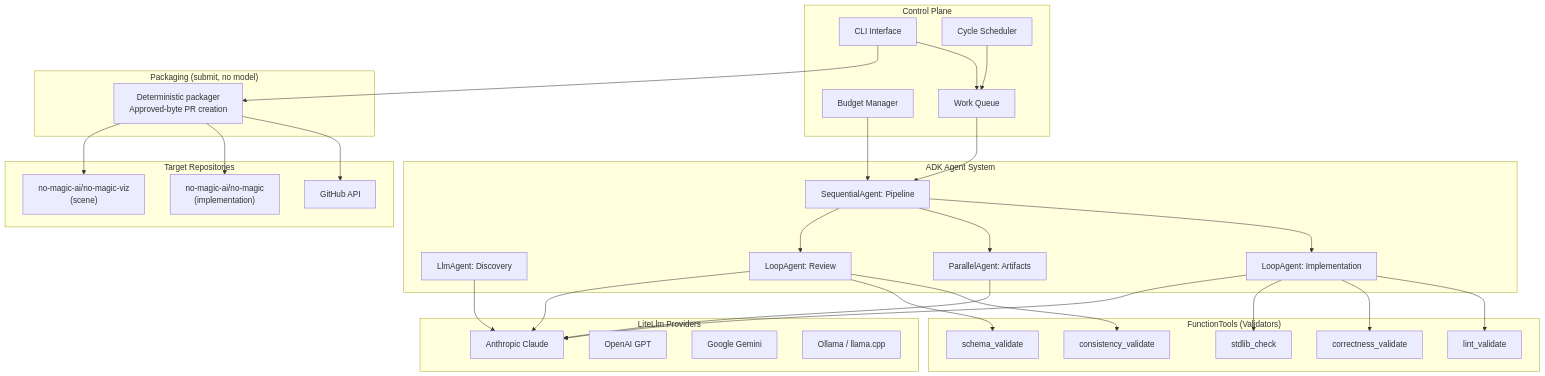
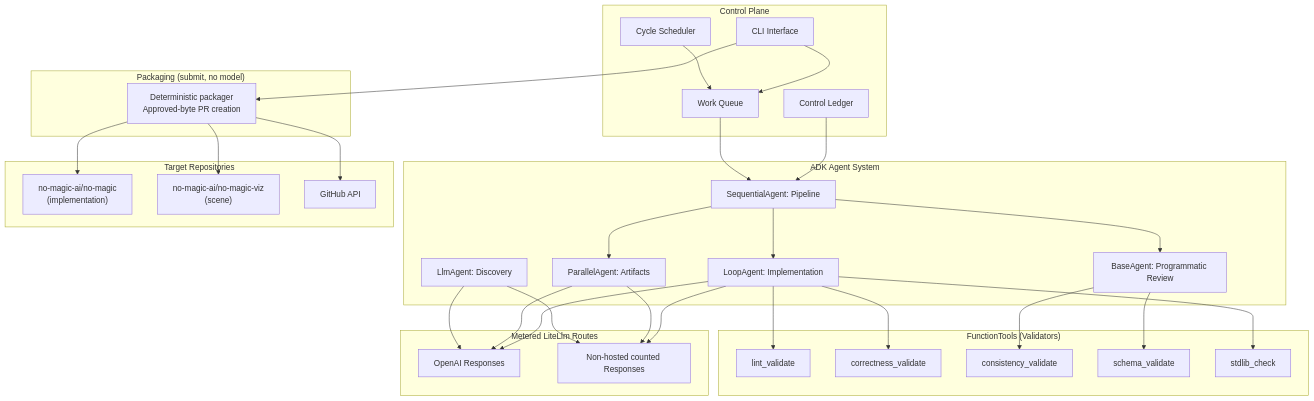
The second of 7 diagrams in docs/system-design.md (no-magic-ai/apprentice), drawn with Mermaid before and after one commit. The commit also changed other lines of this file and 82 other files, not shown here.

````diff
--- a/docs/system-design.md
+++ b/docs/system-design.md
@@ -182,67 +161,67 @@
 ```mermaid
 graph TB
     subgraph Control Plane
         CLI[CLI Interface]
         Scheduler[Cycle Scheduler]
-        Budget[Budget Manager]
+        Budget[Control Ledger]
         Queue[Work Queue]
     end
 
     subgraph "ADK Agent System"
         Pipeline["SequentialAgent: Pipeline"]
         DiscAgent["LlmAgent: Discovery"]
         ImplLoop["LoopAgent: Implementation"]
         ParAgent["ParallelAgent: Artifacts"]
-        RevLoop["LoopAgent: Review"]
+        RevLoop["BaseAgent: Programmatic Review"]
     end
 
     subgraph "FunctionTools (Validators)"
         LintVal[lint_validate]
         CorrectVal[correctness_validate]
         ConsistVal[consistency_validate]
         SchemaVal[schema_validate]
         StdlibVal[stdlib_check]
     end
 
-    subgraph "LiteLlm Providers"
-        Claude[Anthropic Claude]
-        GPT[OpenAI GPT]
-        Gemini[Google Gemini]
-        Local[Ollama / llama.cpp]
+    subgraph "Metered LiteLlm Routes"
+        GPT[OpenAI Responses]
+        Local[Non-hosted counted Responses]
     end
 
     subgraph "Packaging (submit, no model)"
         Packager["Deterministic packager<br/>Approved-byte PR creation"]
     end
 
     subgraph "Target Repositories"
         NoMagic["no-magic-ai/no-magic<br/>(implementation)"]
         NoMagicViz["no-magic-ai/no-magic-viz<br/>(scene)"]
         GitHub[GitHub API]
     end
 
     CLI --> Queue
     Scheduler --> Queue
     Budget --> Pipeline
 
     Queue --> Pipeline
     Pipeline --> ImplLoop
     Pipeline --> ParAgent
     Pipeline --> RevLoop
     CLI --> Packager
 
     ImplLoop --> LintVal
     ImplLoop --> CorrectVal
     ImplLoop --> StdlibVal
     RevLoop --> ConsistVal
     RevLoop --> SchemaVal
 
-    ImplLoop --> Claude
-    ParAgent --> Claude
-    RevLoop --> Claude
-    DiscAgent --> Claude
+    ImplLoop --> GPT
+    ParAgent --> GPT
+    DiscAgent --> GPT
+    ImplLoop --> Local
+    ParAgent --> Local
+    DiscAgent --> Local
 
     Packager --> GitHub
     Packager --> NoMagic
     Packager --> NoMagicViz
 ```
````
